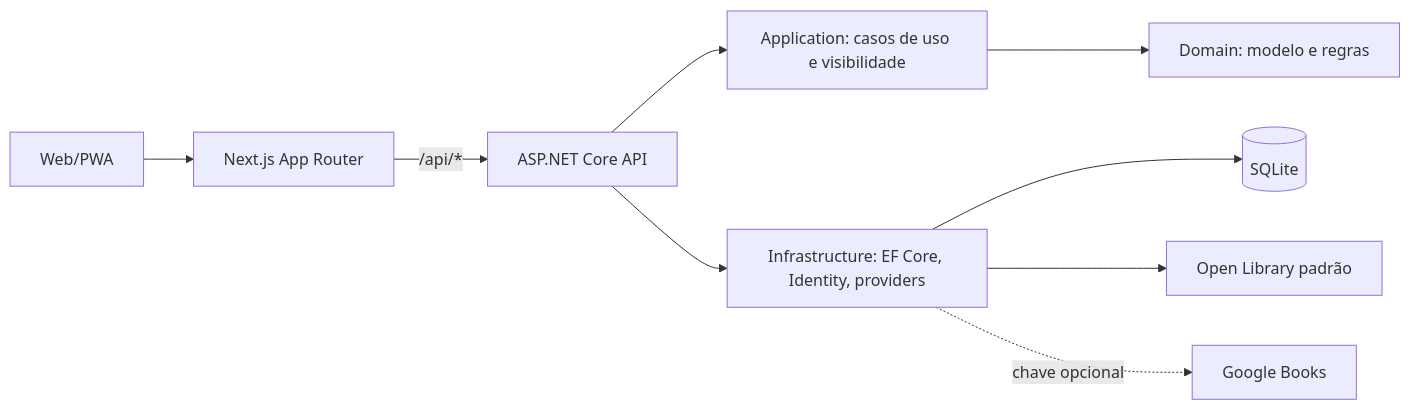
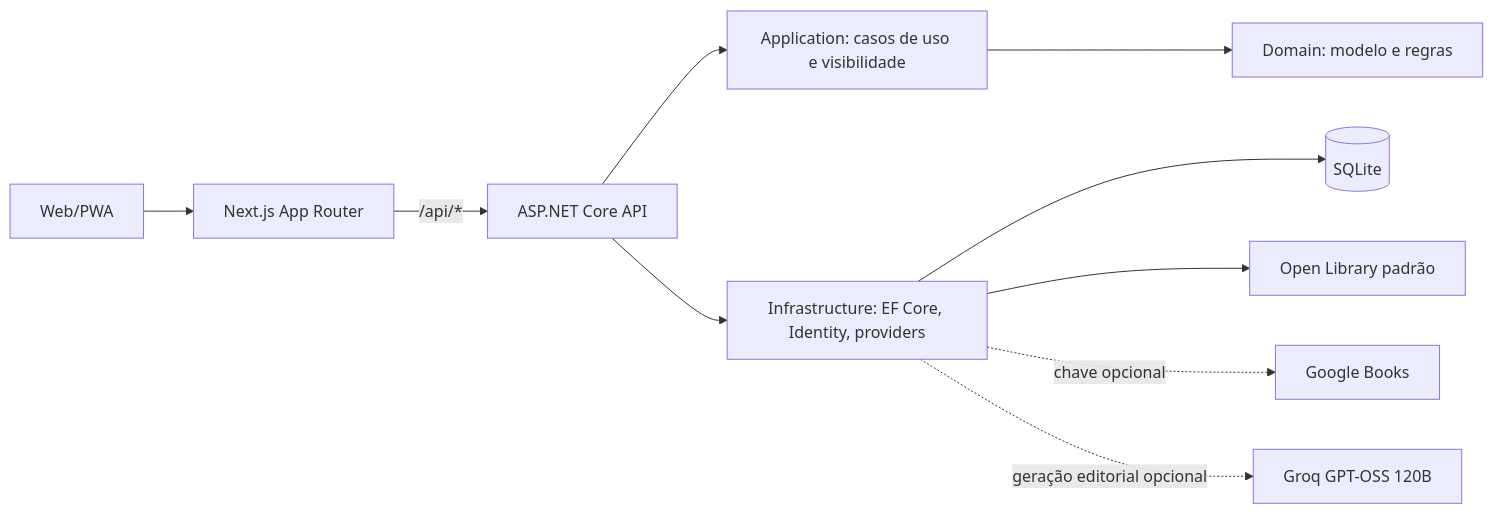
One commit to DiogoJP202/Mnemora changed the first of 2 diagrams in docs/architecture.md. Above: the diagram before and after it, drawn with Mermaid. The commit also changed other lines of this file and 9 other files, not shown here.

````diff
--- a/docs/architecture.md
+++ b/docs/architecture.md
@@ -3,11 +3,12 @@
 ```mermaid
 flowchart LR
   Browser[Web/PWA] --> Next[Next.js App Router]
   Next -->|/api/*| API[ASP.NET Core API]
   API --> Application[Application: casos de uso e visibilidade]
   Application --> Domain[Domain: modelo e regras]
   API --> Infrastructure[Infrastructure: EF Core, Identity, providers]
   Infrastructure --> SQLite[(SQLite)]
   Infrastructure --> OpenLibrary[Open Library padrão]
   Infrastructure -. chave opcional .-> Google[Google Books]
+  Infrastructure -. geração editorial opcional .-> Groq[Groq GPT-OSS 120B]
 ```
````
